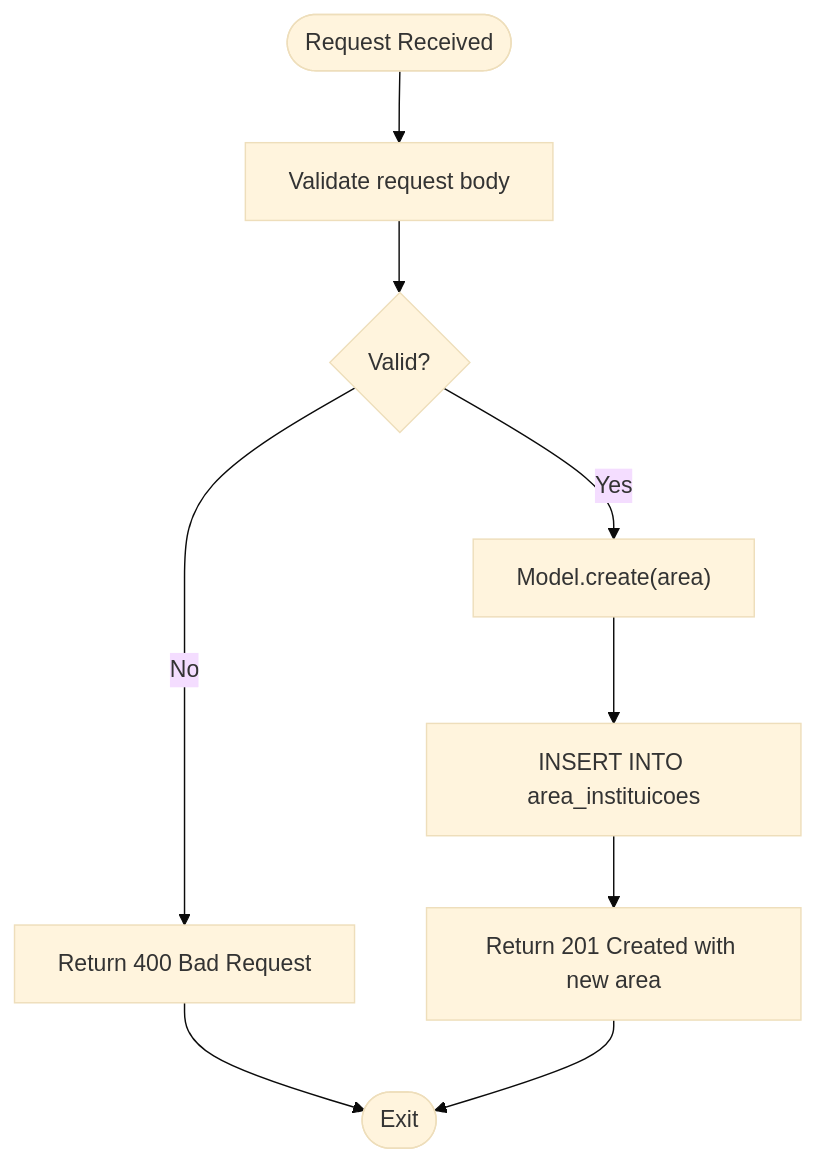
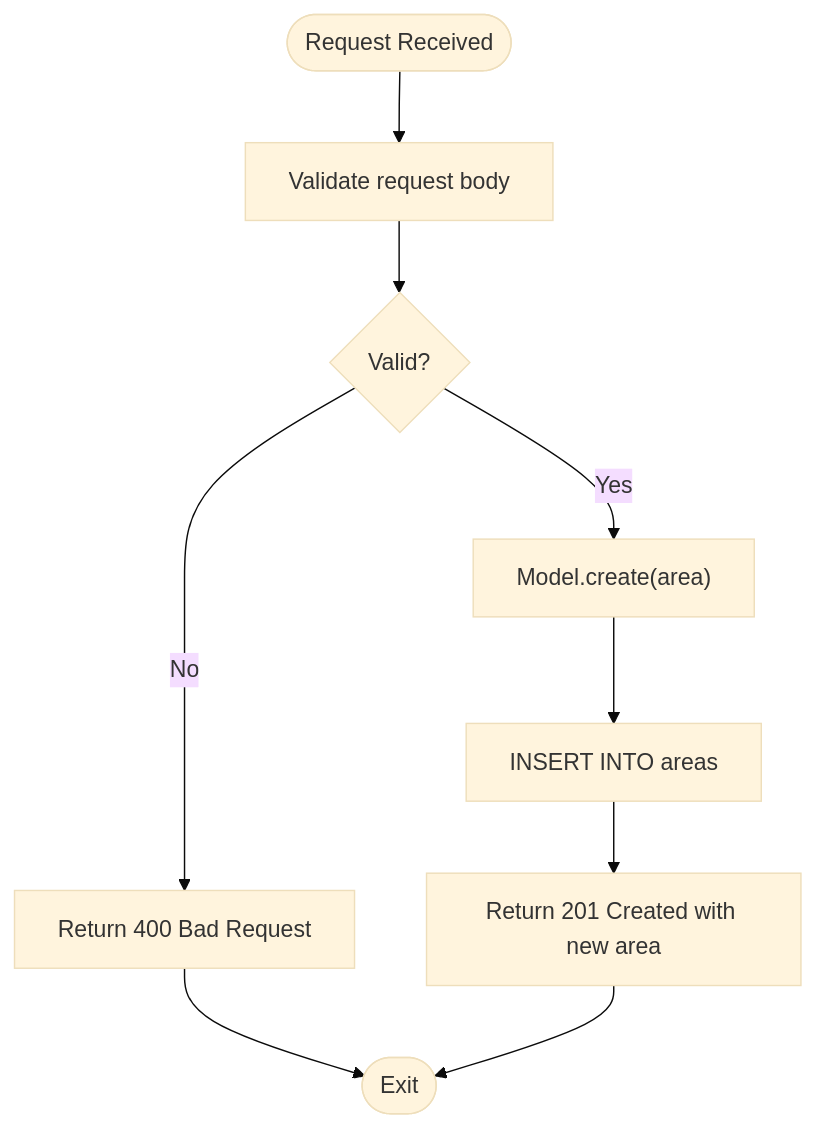
One commit to luiseduacosta/nodemural changed the fifth of 7 diagrams in .qoder/repowiki/en/content/API Reference/Institutional Management APIs.md. Above: the diagram before and after it, drawn with Mermaid (base theme). The commit also changed 26 other files, not shown here.

Commit message:
Change table area_instituicoes to area.

````diff
--- a/.qoder/repowiki/en/content/API Reference/Institutional Management APIs.md
+++ b/.qoder/repowiki/en/content/API Reference/Institutional Management APIs.md
@@ -276,11 +276,11 @@
 ```mermaid
 flowchart TD
 Start(["Request Received"]) --> Validate["Validate request body"]
 Validate --> Valid{"Valid?"}
 Valid --> |No| Err400["Return 400 Bad Request"]
 Valid --> |Yes| Create["Model.create(area)"]
-Create --> Persist["INSERT INTO area_instituicoes"]
+Create --> Persist["INSERT INTO areas"]
 Persist --> Success["Return 201 Created with new area"]
 Err400 --> End(["Exit"])
 Success --> End
 ```
````
